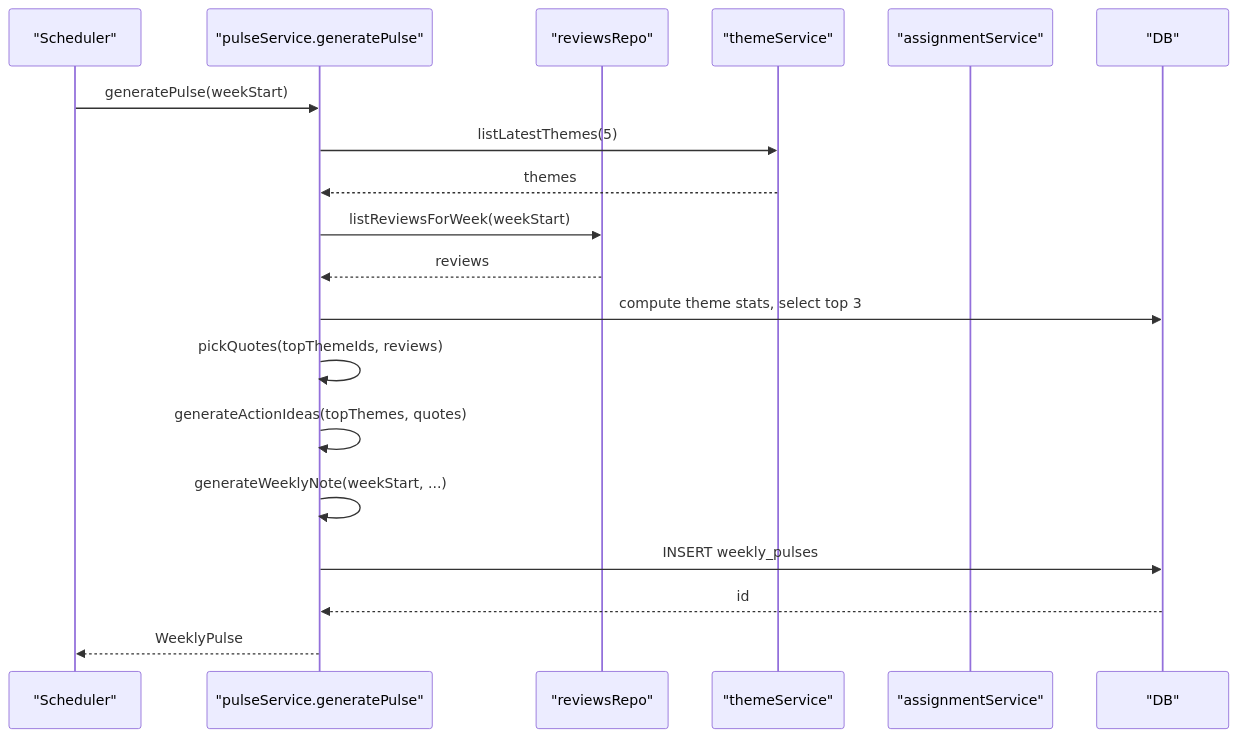
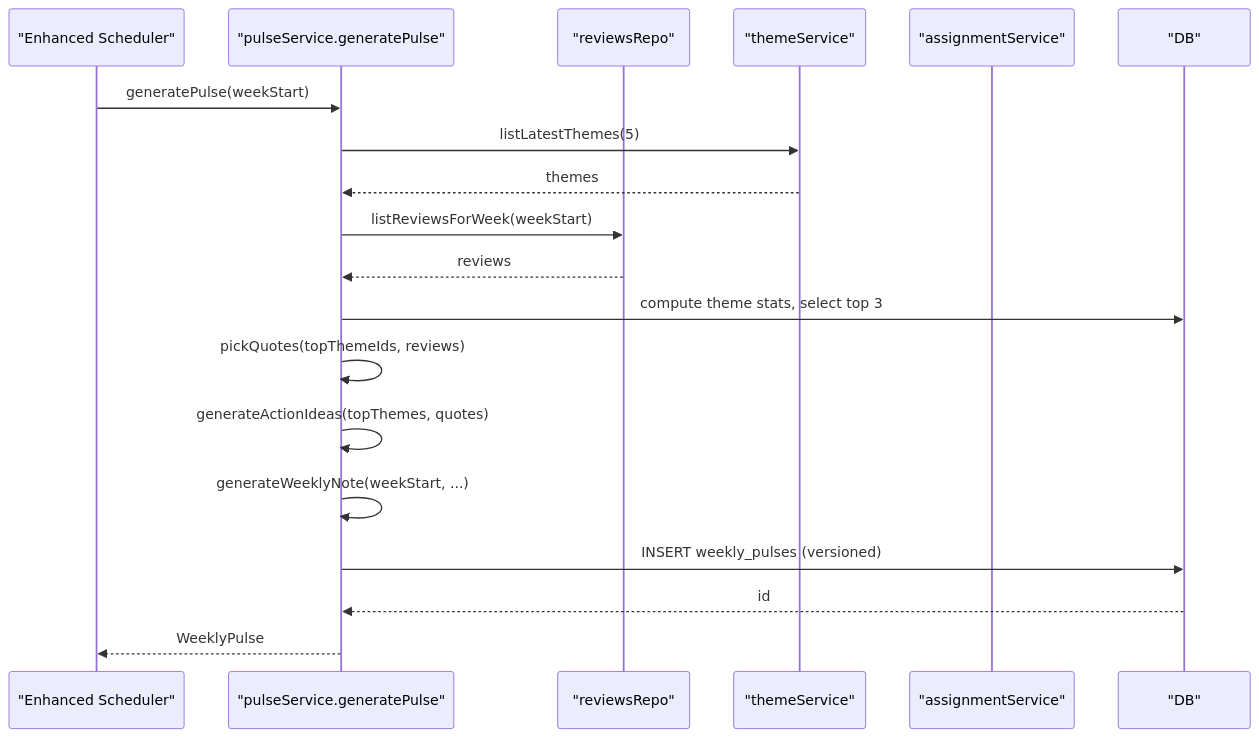
The fifth of 9 diagrams in .qoder/repowiki/en/content/Phase 2_ Advanced Analytics & Automation/Automated Job Scheduling.md (aravinthraj-ramalingam/Groww-App-Review-Insights-Analyzer-), drawn with Mermaid before and after one commit. The commit also changed other lines of this file and 11 other files, not shown here.

````diff
--- a/.qoder/repowiki/en/content/Phase 2_ Advanced Analytics & Automation/Automated Job Scheduling.md
+++ b/.qoder/repowiki/en/content/Phase 2_ Advanced Analytics & Automation/Automated Job Scheduling.md
@@ -270,21 +299,21 @@
 ```mermaid
 sequenceDiagram
-participant Caller as "Scheduler"
+participant Caller as "Enhanced Scheduler"
 participant PS as "pulseService.generatePulse"
 participant TR as "reviewsRepo"
 participant TS as "themeService"
 participant AS as "assignmentService"
 participant DB as "DB"
 Caller->>PS : generatePulse(weekStart)
 PS->>TS : listLatestThemes(5)
 TS-->>PS : themes
 PS->>TR : listReviewsForWeek(weekStart)
 TR-->>PS : reviews
 PS->>DB : compute theme stats, select top 3
 PS->>PS : pickQuotes(topThemeIds, reviews)
 PS->>PS : generateActionIdeas(topThemes, quotes)
 PS->>PS : generateWeeklyNote(weekStart, ...)
-PS->>DB : INSERT weekly_pulses
+PS->>DB : INSERT weekly_pulses (versioned)
 DB-->>PS : id
 PS-->>Caller : WeeklyPulse
 ```
````
